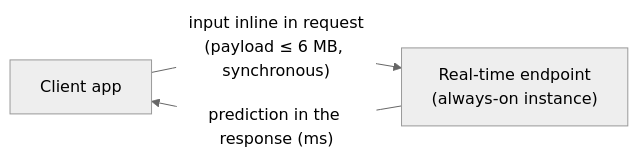
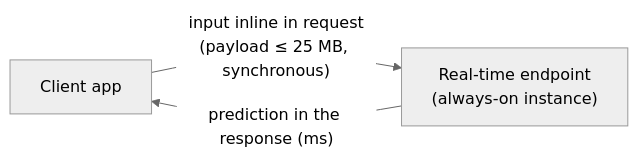
Before and after one commit to aneshus95/ai-system-design-guide: the fifth of 14 diagrams in 24-aws-ai-certification/aif-c01/01-fundamentals-of-ai-and-ml.md, drawn with Mermaid (neutral theme). The commit also changed other lines of this file and 15 other files, not shown here.

````diff
--- a/24-aws-ai-certification/aif-c01/01-fundamentals-of-ai-and-ml.md
+++ b/24-aws-ai-certification/aif-c01/01-fundamentals-of-ai-and-ml.md
@@ -169,5 +169,5 @@
 ```mermaid
 flowchart LR
-    C["Client app"] -->|"input inline in request<br/>(payload ≤ 6 MB, synchronous)"| EP["Real-time endpoint<br/>(always-on instance)"]
+    C["Client app"] -->|"input inline in request<br/>(payload ≤ 25 MB, synchronous)"| EP["Real-time endpoint<br/>(always-on instance)"]
     EP -->|"prediction in the response (ms)"| C
 ```
````
